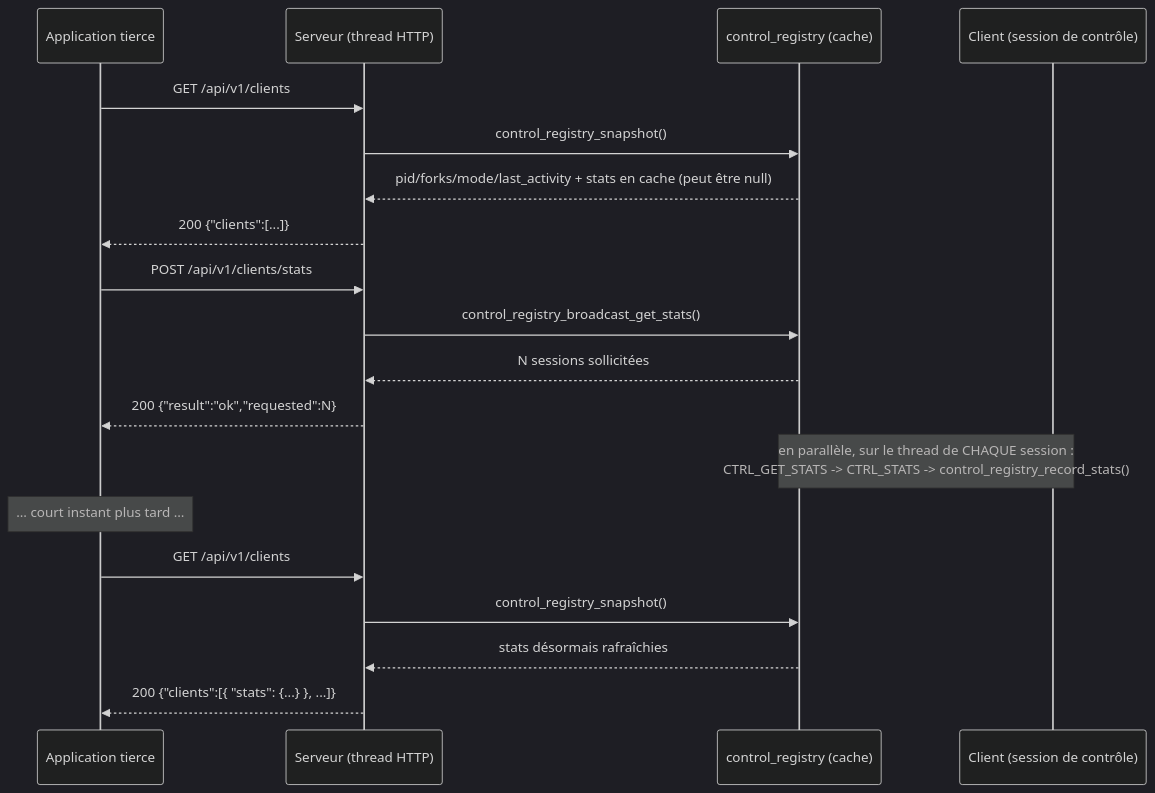
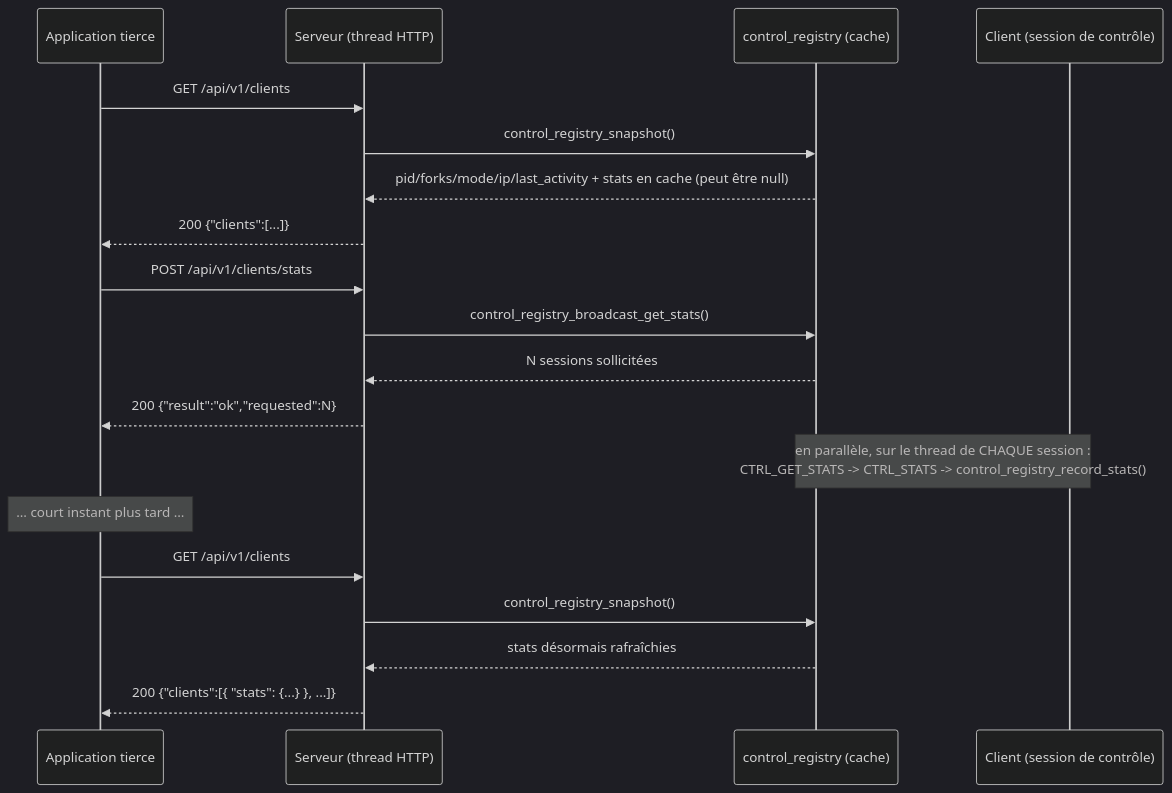
The fifth of 5 diagrams in docs/api_http_rest.md (xaviergriffon/eternityII), drawn with Mermaid (dark theme) before and after one commit. The commit also changed other lines of this file and 16 other files, not shown here.

````diff
--- a/docs/api_http_rest.md
+++ b/docs/api_http_rest.md
@@ -496,24 +499,24 @@
 ```mermaid
 sequenceDiagram
     participant App as Application tierce
     participant S as Serveur (thread HTTP)
     participant R as control_registry (cache)
     participant C as Client (session de contrôle)
 
     App->>S: GET /api/v1/clients
     S->>R: control_registry_snapshot()
-    R-->>S: pid/forks/mode/last_activity + stats en cache (peut être null)
+    R-->>S: pid/forks/mode/ip/last_activity + stats en cache (peut être null)
     S-->>App: 200 {"clients":[...]}
 
     App->>S: POST /api/v1/clients/stats
     S->>R: control_registry_broadcast_get_stats()
     R-->>S: N sessions sollicitées
     S-->>App: 200 {"result":"ok","requested":N}
     Note over R,C: en parallèle, sur le thread de CHAQUE session :<br/>CTRL_GET_STATS -> CTRL_STATS -> control_registry_record_stats()
 
     Note over App: … court instant plus tard …
     App->>S: GET /api/v1/clients
     S->>R: control_registry_snapshot()
     R-->>S: stats désormais rafraîchies
     S-->>App: 200 {"clients":[{ "stats": {...} }, ...]}
 ```
````
